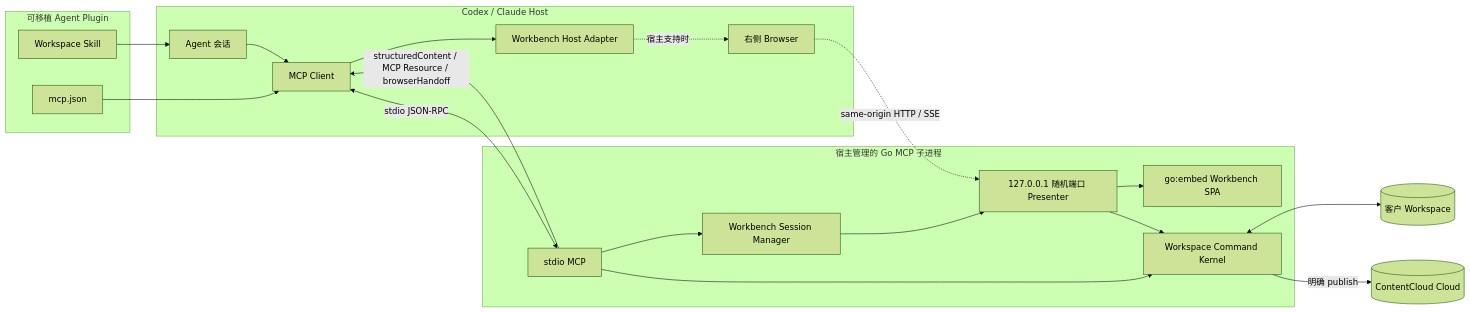
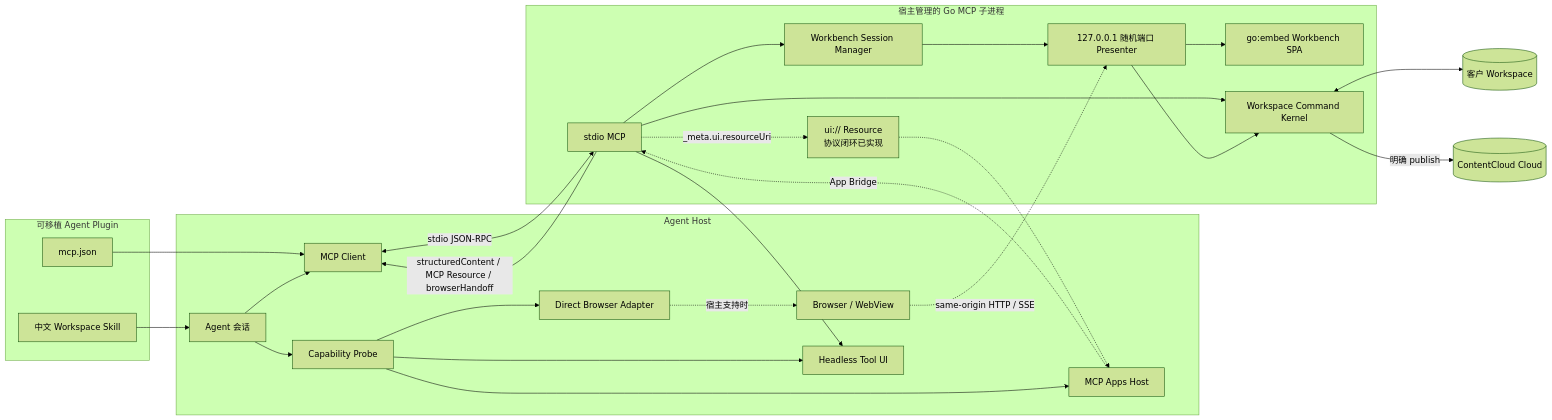
One commit to limecloud/contentcloud changed the first of 2 diagrams in docs/plugin/README.md. Above: the diagram before and after it, drawn with Mermaid (forest theme). The commit also changed other lines of this file and 126 other files, not shown here.

````diff
--- a/docs/plugin/README.md
+++ b/docs/plugin/README.md
@@ -120,41 +124,52 @@
 ```mermaid
 flowchart LR
     subgraph Plugin["可移植 Agent Plugin"]
-        Skill[Workspace Skill]
+        Skill[中文 Workspace Skill]
         Config[mcp.json]
     end
 
-    subgraph Host["Codex / Claude Host"]
+    subgraph Host["Agent Host"]
         Agent[Agent 会话]
         Client[MCP Client]
-        Adapter[Workbench Host Adapter]
-        Browser[右侧 Browser]
+        Probe[Capability Probe]
+        Apps[MCP Apps Host]
+        Adapter[Direct Browser Adapter]
+        Browser[Browser / WebView]
+        Headless[Headless Tool UI]
     end
 
     subgraph Local["宿主管理的 Go MCP 子进程"]
         Server[stdio MCP]
+        AppResource[ui:// Resource\n协议闭环已实现]
         Session[Workbench Session Manager]
         Presenter[127.0.0.1 随机端口 Presenter]
         UI[go:embed Workbench SPA]
         Kernel[Workspace Command Kernel]
     end
 
     Workspace[(客户 Workspace)]
     Cloud[(ContentCloud Cloud)]
 
     Skill --> Agent
     Config --> Client
     Agent --> Client
+    Agent --> Probe
     Client <-->|stdio JSON-RPC| Server
     Server --> Kernel
     Server --> Session
     Session --> Presenter
     Presenter --> UI
     Presenter --> Kernel
     Kernel <--> Workspace
     Kernel -->|明确 publish| Cloud
+    Server -.->|_meta.ui.resourceUri| AppResource
+    AppResource -.-> Apps
+    Apps -.->|App Bridge| Server
     Server -->|structuredContent / MCP Resource / browserHandoff| Client
-    Client --> Adapter
+    Probe --> Apps
+    Probe --> Adapter
+    Probe --> Headless
     Adapter -. 宿主支持时 .-> Browser
     Browser -. same-origin HTTP / SSE .-> Presenter
+    Server --> Headless
 ```
````
